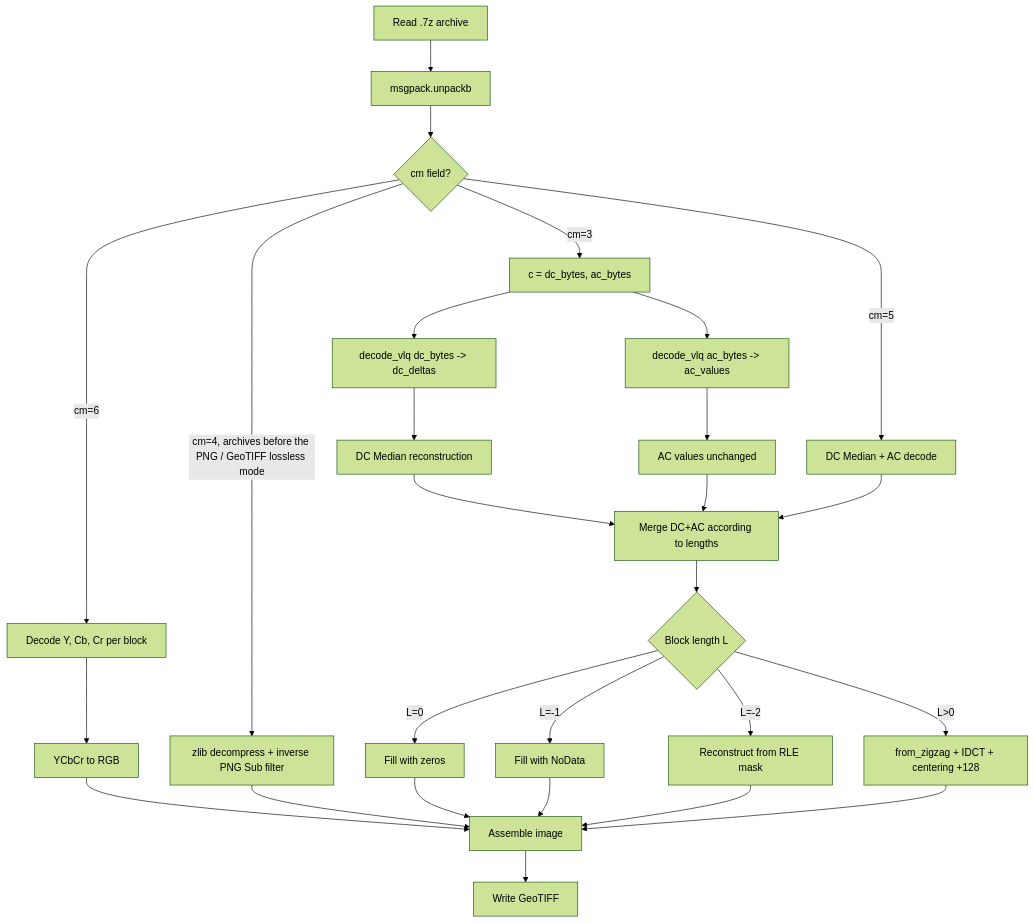
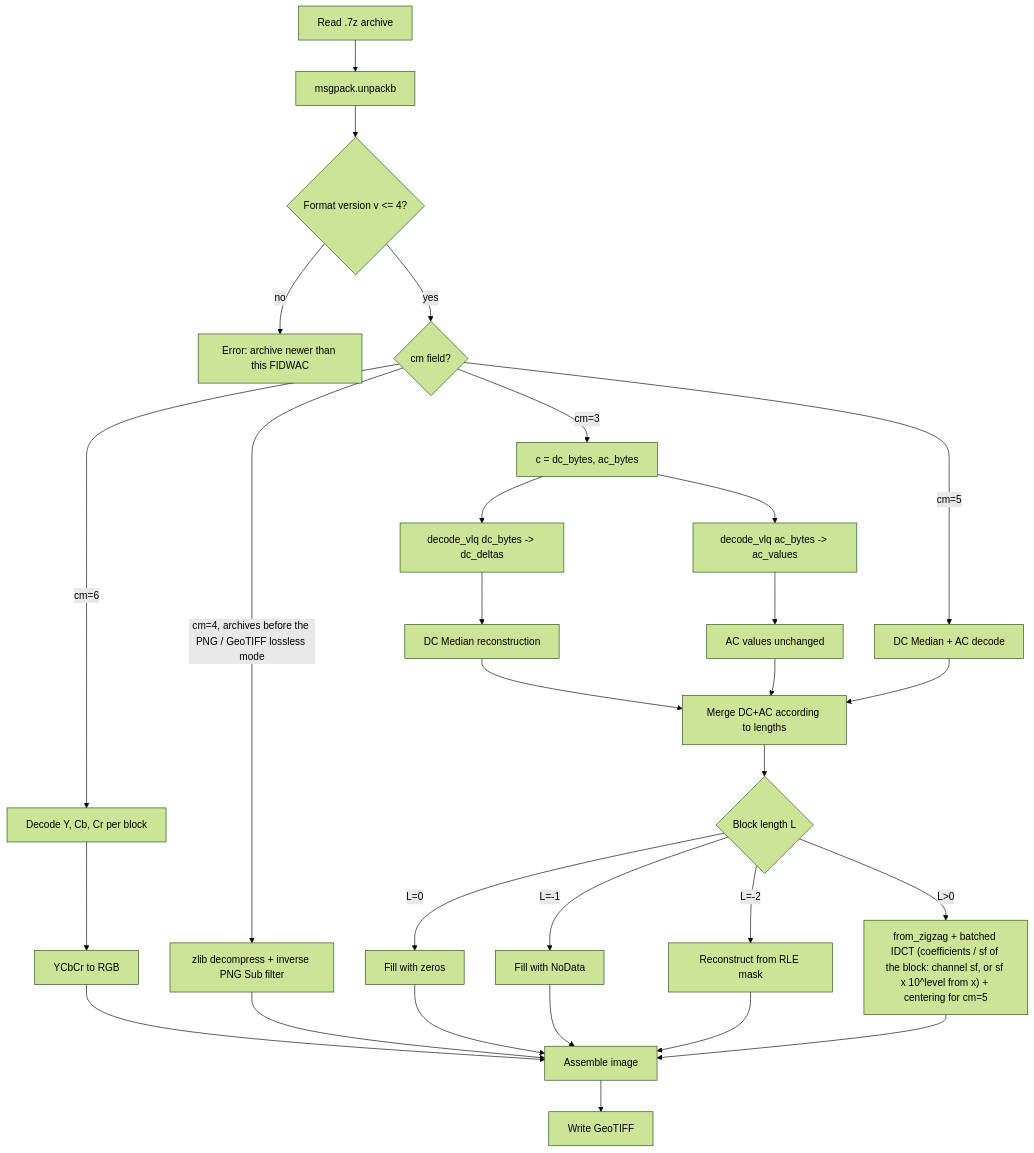
Before and after one commit to ZSIP/FIDWaC: the seventh of 10 diagrams in README_EN.md, drawn with Mermaid (forest theme). The commit also changed other lines of this file and 20 other files, not shown here.

````diff
--- a/README_EN.md
+++ b/README_EN.md
@@ -682,29 +762,31 @@
 ```mermaid
 graph TB
     A["Read .7z archive"] --> B["msgpack.unpackb"]
-    B --> C{"cm field?"}
+    B --> V{"Format version v <= 4?"}
+    V -->|no| VE["Error: archive newer than this FIDWAC"]
+    V -->|yes| C{"cm field?"}
     C -->|cm=3| D["c = dc_bytes, ac_bytes"]
     D --> E["decode_vlq dc_bytes -> dc_deltas"]
     D --> F["decode_vlq ac_bytes -> ac_values"]
     E --> G["DC Median reconstruction"]
     F --> H["AC values unchanged"]
     G --> I["Merge DC+AC according to lengths"]
     H --> I
     C -->|cm=5| J5["DC Median + AC decode"]
     J5 --> I
     C -->|cm=6| J6["Decode Y, Cb, Cr per block"]
     J6 --> K6["YCbCr to RGB"]
     K6 --> M
     C -->|cm=4, archives before the PNG / GeoTIFF lossless mode| J4["zlib decompress + inverse PNG Sub filter"]
     J4 --> M
     I --> K{"Block length L"}
     K -->|L=0| L1["Fill with zeros"]
     K -->|L=-1| L2["Fill with NoData"]
     K -->|L=-2| L3["Reconstruct from RLE mask"]
-    K -->|L>0| L4["from_zigzag + IDCT + centering +128"]
+    K -->|L>0| L4["from_zigzag + batched IDCT (coefficients / sf of the block: channel sf, or sf x 10^level from x) + centering for cm=5"]
     L1 --> M["Assemble image"]
     L2 --> M
     L3 --> M
     L4 --> M
     M --> N["Write GeoTIFF"]
 ```
````
